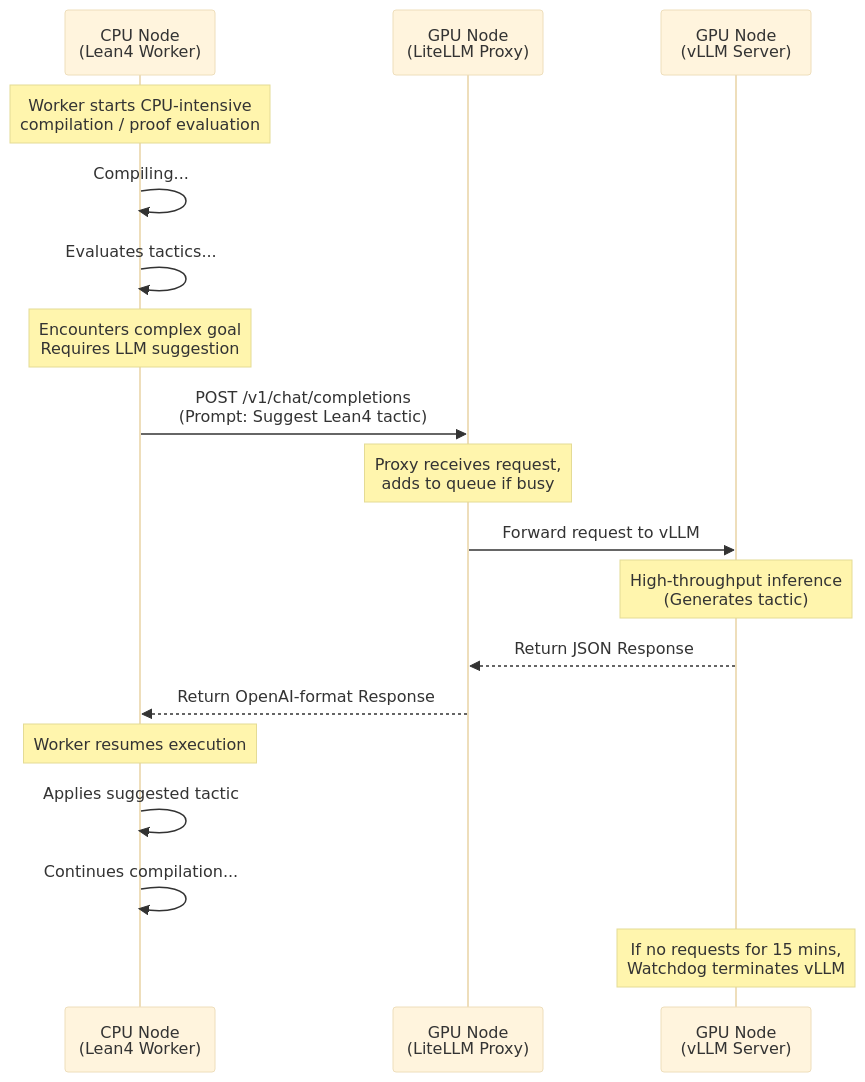
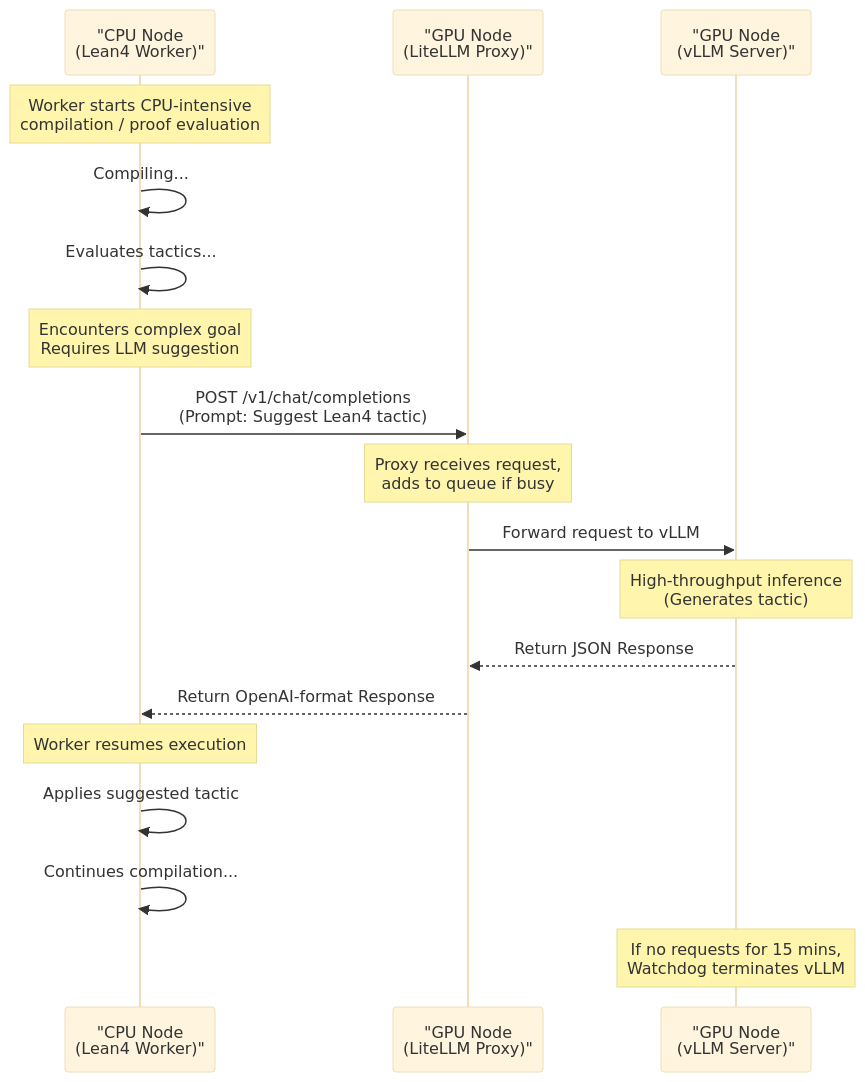
One commit to wdconinc/slurm-litellm-vllm changed the second of 2 diagrams in docs/lean4-workflow.md. Above: the diagram before and after it, drawn with Mermaid (base theme). The commit also changed other lines of this file and 1 other file, not shown here.

Commit message:
Fix Mermaid syntax and update main architecture diagram

````diff
--- a/docs/lean4-workflow.md
+++ b/docs/lean4-workflow.md
@@ -42,26 +42,26 @@
 ```mermaid
 sequenceDiagram
-    participant Worker as CPU Node<br/>(Lean4 Worker)
-    participant Proxy as GPU Node<br/>(LiteLLM Proxy)
-    participant GPU as GPU Node<br/>(vLLM Server)
+    participant Worker as "CPU Node<br/>(Lean4 Worker)"
+    participant Proxy as "GPU Node<br/>(LiteLLM Proxy)"
+    participant GPU as "GPU Node<br/>(vLLM Server)"
 
     Note over Worker: Worker starts CPU-intensive<br/>compilation / proof evaluation
     Worker->>Worker: Compiling...
     Worker->>Worker: Evaluates tactics...
     
     Note over Worker: Encounters complex goal<br/>Requires LLM suggestion
     Worker->>Proxy: POST /v1/chat/completions<br/>(Prompt: Suggest Lean4 tactic)
     
     Note over Proxy: Proxy receives request,<br/>adds to queue if busy
     Proxy->>GPU: Forward request to vLLM
     
     Note over GPU: High-throughput inference<br/>(Generates tactic)
     GPU-->>Proxy: Return JSON Response
     Proxy-->>Worker: Return OpenAI-format Response
     
     Note over Worker: Worker resumes execution
     Worker->>Worker: Applies suggested tactic
     Worker->>Worker: Continues compilation...
     
     Note over GPU: If no requests for 15 mins,<br/>Watchdog terminates vLLM
 ```
````
